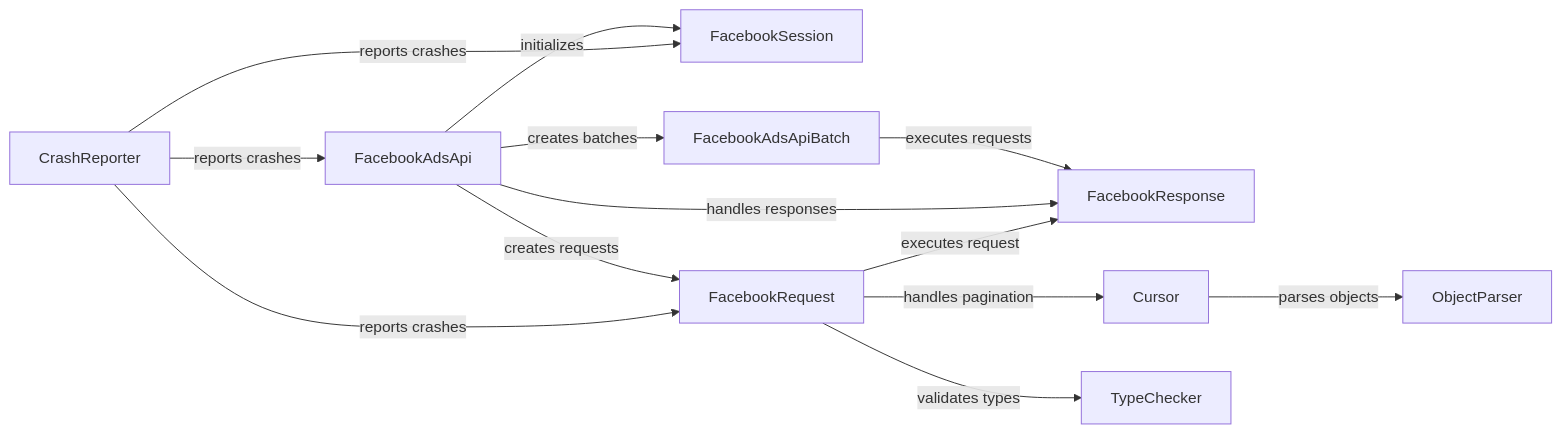
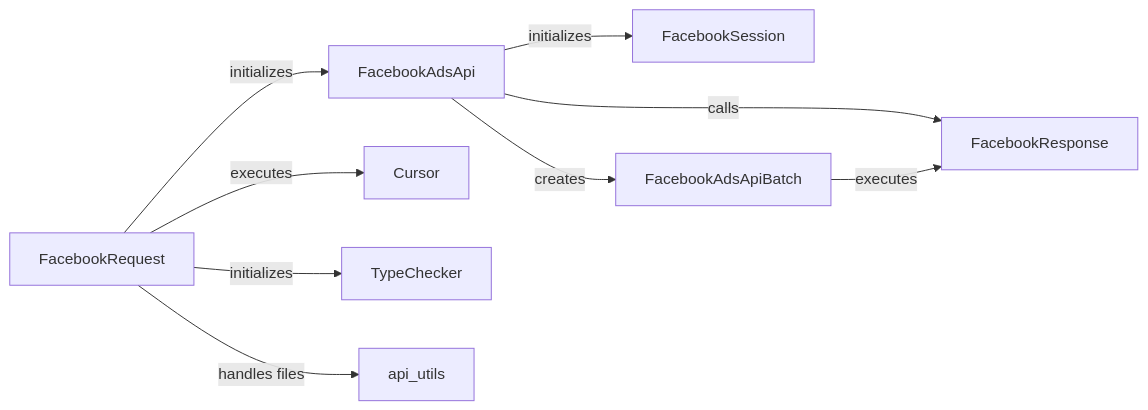
Before and after one commit to CodeBoarding/GeneratedOnBoardings: the diagram in facebook-python-business-sdk/API Request Management.md, drawn with Mermaid. The commit also changed other lines of this file and 4 other files, not shown here.

````diff
--- a/facebook-python-business-sdk/API Request Management.md
+++ b/facebook-python-business-sdk/API Request Management.md
@@ -1,24 +1,19 @@
 ```mermaid
 graph LR
     FacebookSession["FacebookSession"]
     FacebookAdsApi["FacebookAdsApi"]
     FacebookRequest["FacebookRequest"]
     FacebookResponse["FacebookResponse"]
     FacebookAdsApiBatch["FacebookAdsApiBatch"]
     Cursor["Cursor"]
     TypeChecker["TypeChecker"]
-    ObjectParser["ObjectParser"]
-    CrashReporter["CrashReporter"]
+    api_utils["api_utils"]
     FacebookAdsApi -- "initializes" --> FacebookSession
-    FacebookAdsApi -- "creates requests" --> FacebookRequest
-    FacebookAdsApi -- "creates batches" --> FacebookAdsApiBatch
-    FacebookAdsApiBatch -- "executes requests" --> FacebookResponse
-    FacebookAdsApi -- "handles responses" --> FacebookResponse
-    FacebookRequest -- "executes request" --> FacebookResponse
-    FacebookRequest -- "handles pagination" --> Cursor
-    Cursor -- "parses objects" --> ObjectParser
-    FacebookRequest -- "validates types" --> TypeChecker
-    CrashReporter -- "reports crashes" --> FacebookAdsApi
-    CrashReporter -- "reports crashes" --> FacebookSession
-    CrashReporter -- "reports crashes" --> FacebookRequest
+    FacebookAdsApi -- "calls" --> FacebookResponse
+    FacebookAdsApi -- "creates" --> FacebookAdsApiBatch
+    FacebookRequest -- "initializes" --> TypeChecker
+    FacebookRequest -- "initializes" --> FacebookAdsApi
+    FacebookRequest -- "handles files" --> api_utils
+    FacebookRequest -- "executes" --> Cursor
+    FacebookAdsApiBatch -- "executes" --> FacebookResponse
 ```
````
